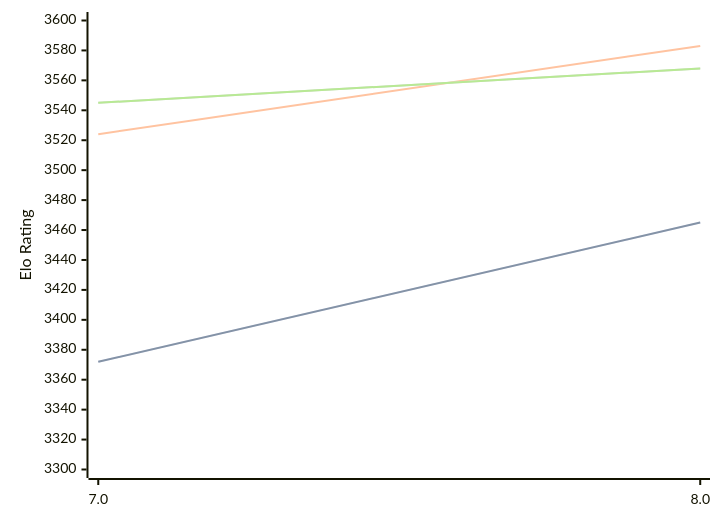
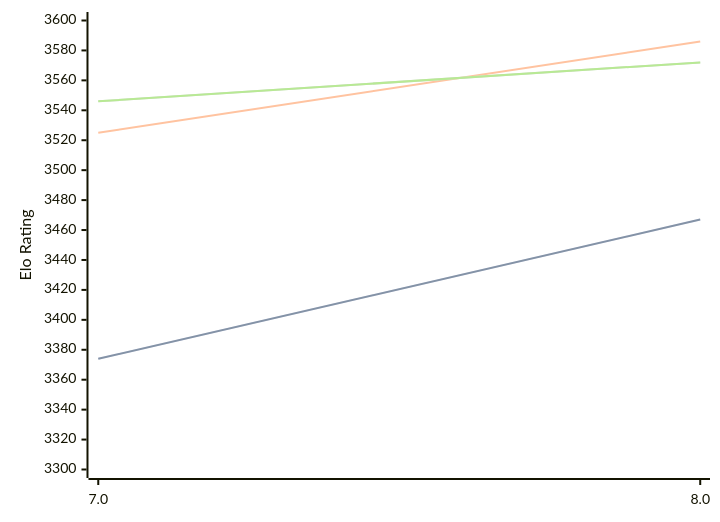
The diagram in engines/Integral.md (computer-chess-index/cci), drawn with Mermaid before and after one commit. The commit also changed other lines of this file, not shown here.

Commit message:
Update CCI Ratings (ELO VLTC) - 2026-09-14

````diff
--- a/engines/Integral.md
+++ b/engines/Integral.md
@@ -32,11 +32,11 @@
 ```mermaid
 %%{init: {"theme":"base","themeVariables":{"seriesColors:['#a3a3a3','#222221','#faa371']}}}%%
 xychart-beta
   x-axis ["7.0", "8.0"]
   y-axis "Elo Rating" 3300 --> 3600
-  line "" [3372, 3465]
-  line "STC (8.0+0.08s)" [3372, 3465]
-  line "LTC (60.0+0.60s)" [3524, 3583]
-  line "" [3545, 3568]
-  line "VLTC (2m24s+1.12s)" [3545, 3568]
+  line "" [3374, 3467]
+  line "STC (8.0+0.08s)" [3374, 3467]
+  line "LTC (60.0+0.60s)" [3525, 3586]
+  line "" [3546, 3572]
+  line "VLTC (2m24s+1.12s)" [3546, 3572]
 ```
````
